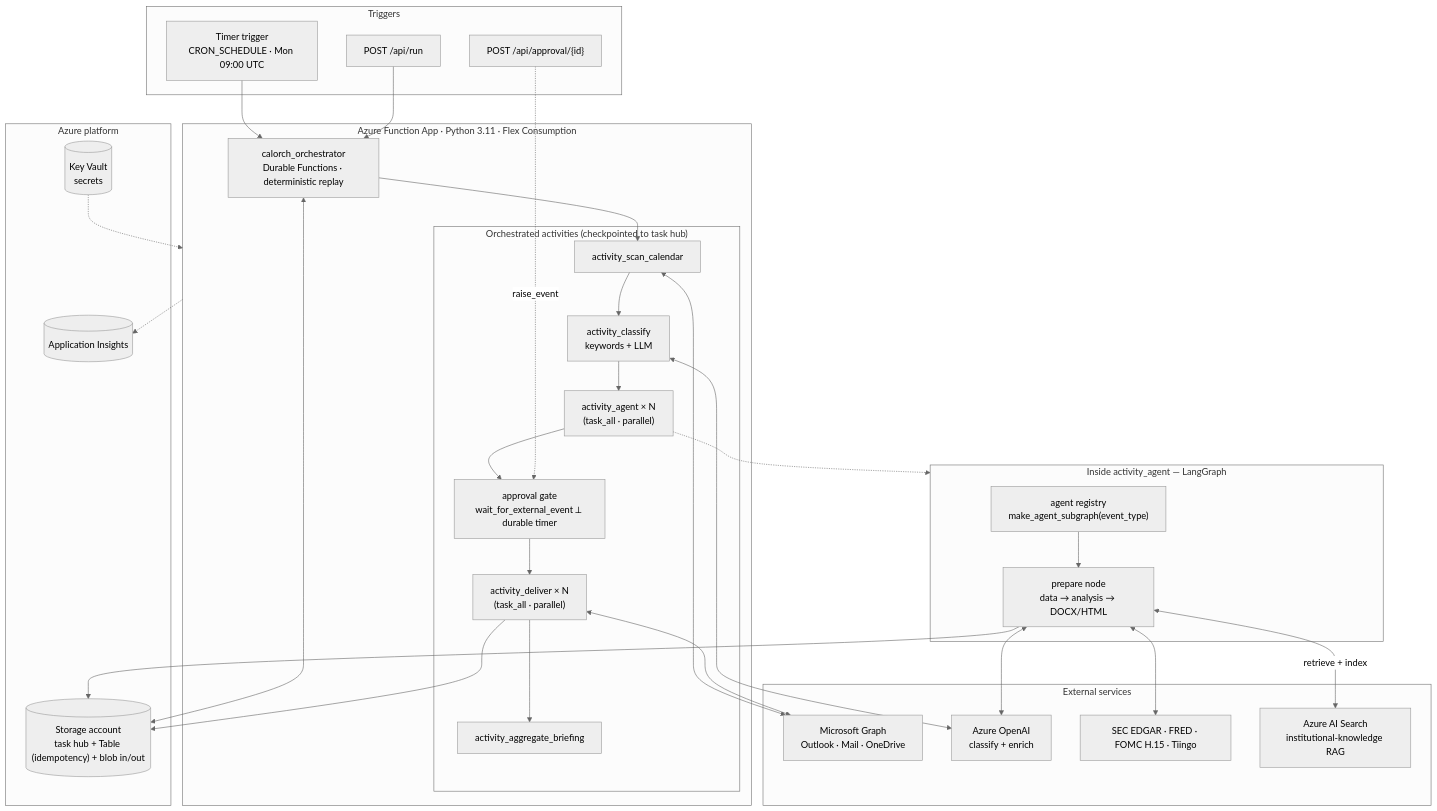
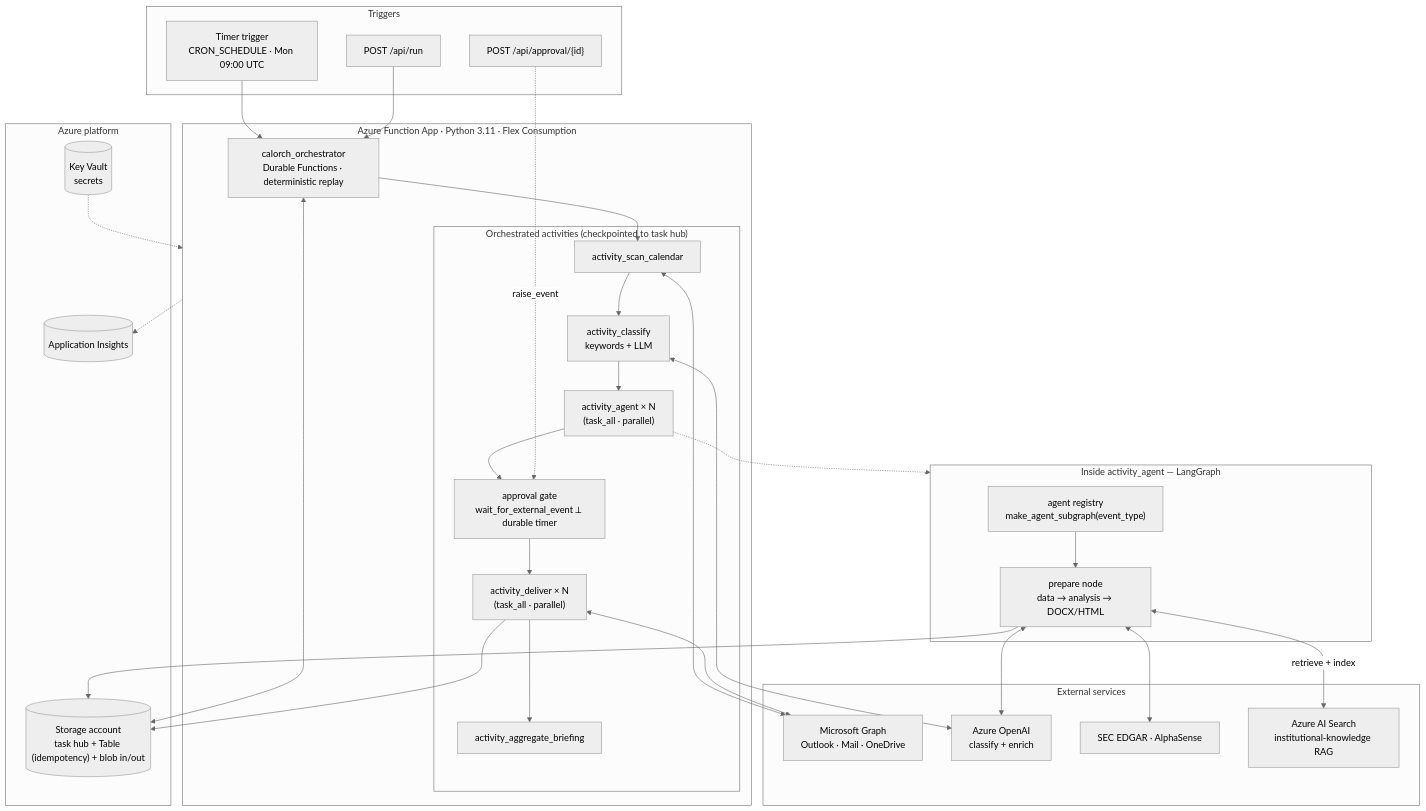
The diagram in README.md (arun-8687/calorch), drawn with Mermaid (neutral theme) before and after one commit. The commit also changed other lines of this file and 29 other files, not shown here.

First line of the commit message:
refactor: input pipeline uses only SEC EDGAR + AlphaSense

````diff
--- a/README.md
+++ b/README.md
@@ -12,56 +13,56 @@
 ```mermaid
 flowchart TB
     subgraph TRIGGERS["Triggers"]
         TIMER["Timer trigger<br/>CRON_SCHEDULE · Mon 09:00 UTC"]
         HTTPRUN["POST /api/run"]
         HTTPAPP["POST /api/approval/{id}"]
     end
 
     subgraph FUNC["Azure Function App · Python 3.11 · Flex Consumption"]
         ORC["calorch_orchestrator<br/>Durable Functions · deterministic replay"]
         subgraph SEQ["Orchestrated activities (checkpointed to task hub)"]
             A1["activity_scan_calendar"]
             A2["activity_classify<br/>keywords + LLM"]
             A3["activity_agent × N<br/>(task_all · parallel)"]
             GATE["approval gate<br/>wait_for_external_event ⟂ durable timer"]
             A4["activity_deliver × N<br/>(task_all · parallel)"]
             A5["activity_aggregate_briefing"]
         end
         ORC --> A1 --> A2 --> A3 --> GATE --> A4 --> A5
     end
 
     subgraph AGENT["Inside activity_agent — LangGraph"]
         REG["agent registry<br/>make_agent_subgraph(event_type)"]
         SUB["prepare node<br/>data → analysis → DOCX/HTML"]
         REG --> SUB
     end
 
     subgraph EXTERNAL["External services"]
         M365["Microsoft Graph<br/>Outlook · Mail · OneDrive"]
         OPENAI["Azure OpenAI<br/>classify + enrich"]
-        SECFRED["SEC EDGAR · FRED · FOMC H.15 · Tiingo"]
+        SECAS["SEC EDGAR · AlphaSense"]
         SEARCH["Azure AI Search<br/>institutional-knowledge RAG"]
     end
 
     subgraph AZURE["Azure platform"]
         STG[("Storage account<br/>task hub + Table (idempotency) + blob in/out")]
         AI[("Application Insights")]
         KV[("Key Vault<br/>secrets")]
     end
 
     TIMER --> ORC
     HTTPRUN --> ORC
     HTTPAPP -.->|raise_event| GATE
     A3 -.-> AGENT
     A1 <--> M365
     A2 <--> OPENAI
-    SUB <--> SECFRED
+    SUB <--> SECAS
     SUB <-->|retrieve + index| SEARCH
     SUB <--> OPENAI
     A4 <--> M365
     A4 --> STG
     ORC <--> STG
     SUB --> STG
     FUNC -.-> AI
     KV -.-> FUNC
 ```
````
